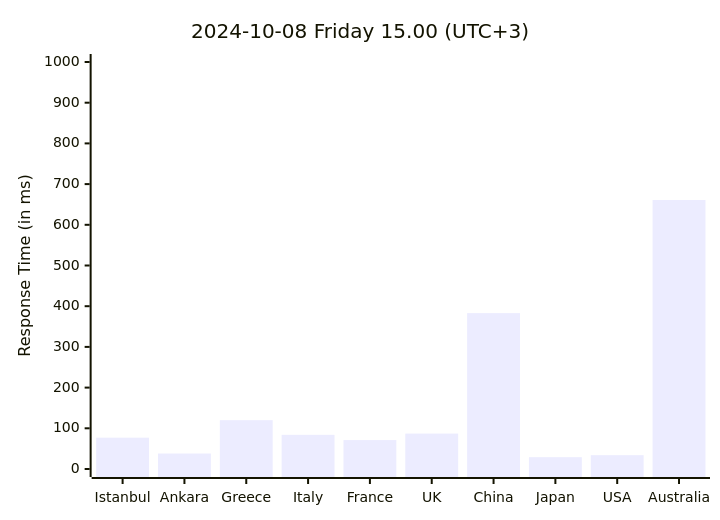
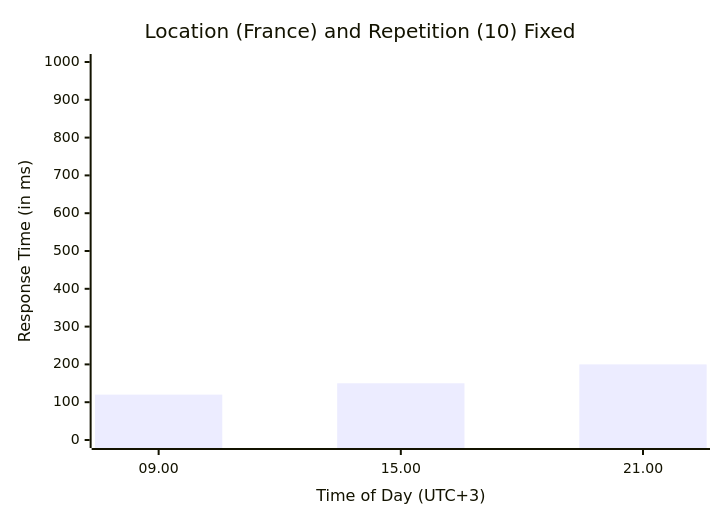
Before and after one commit to necipsagiro/principles-of-computer-communication: the second of 3 diagrams in hw1/README.md, drawn with Mermaid. The commit also changed other lines of this file and 1 other file, not shown here.

````diff
--- a/hw1/README.md
+++ b/hw1/README.md
@@ -48,7 +23,7 @@
 ```mermaid
 xychart-beta
-    title "2024-10-08 Friday 15.00 (UTC+3)"
-    x-axis [Istanbul, Ankara, Greece, Italy, France, UK, China, Japan, USA, Australia]
+    title "Location (France) and Repetition (10) Fixed"
+    x-axis "Time of Day (UTC+3)" [09.00, 15.00, 21.00]
     y-axis "Response Time (in ms)" 0 --> 1000
-    bar [77, 38, 120, 84, 71, 87, 383, 29, 34, 661]
+    bar [120, 150, 200]
 ```
````
